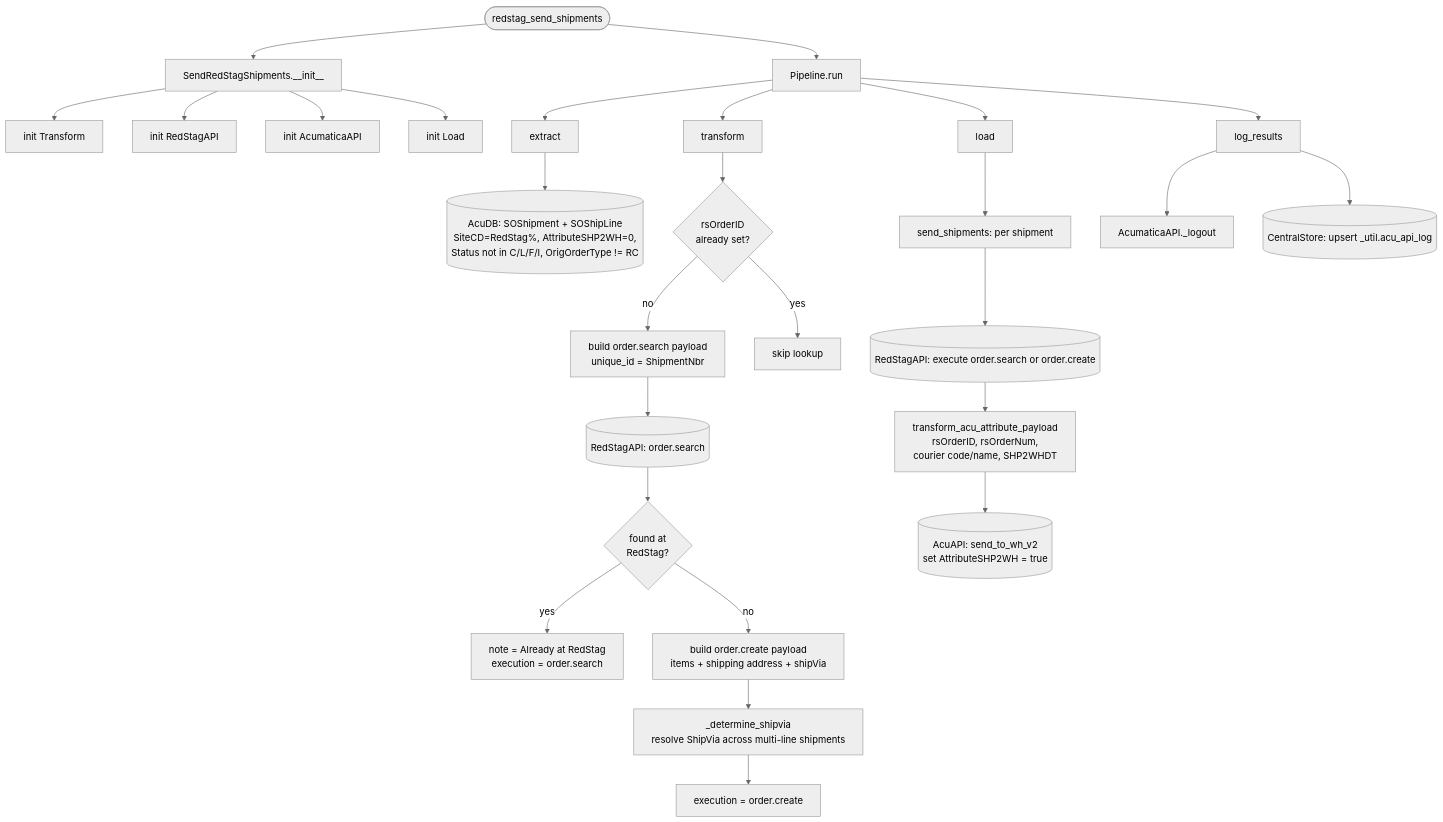
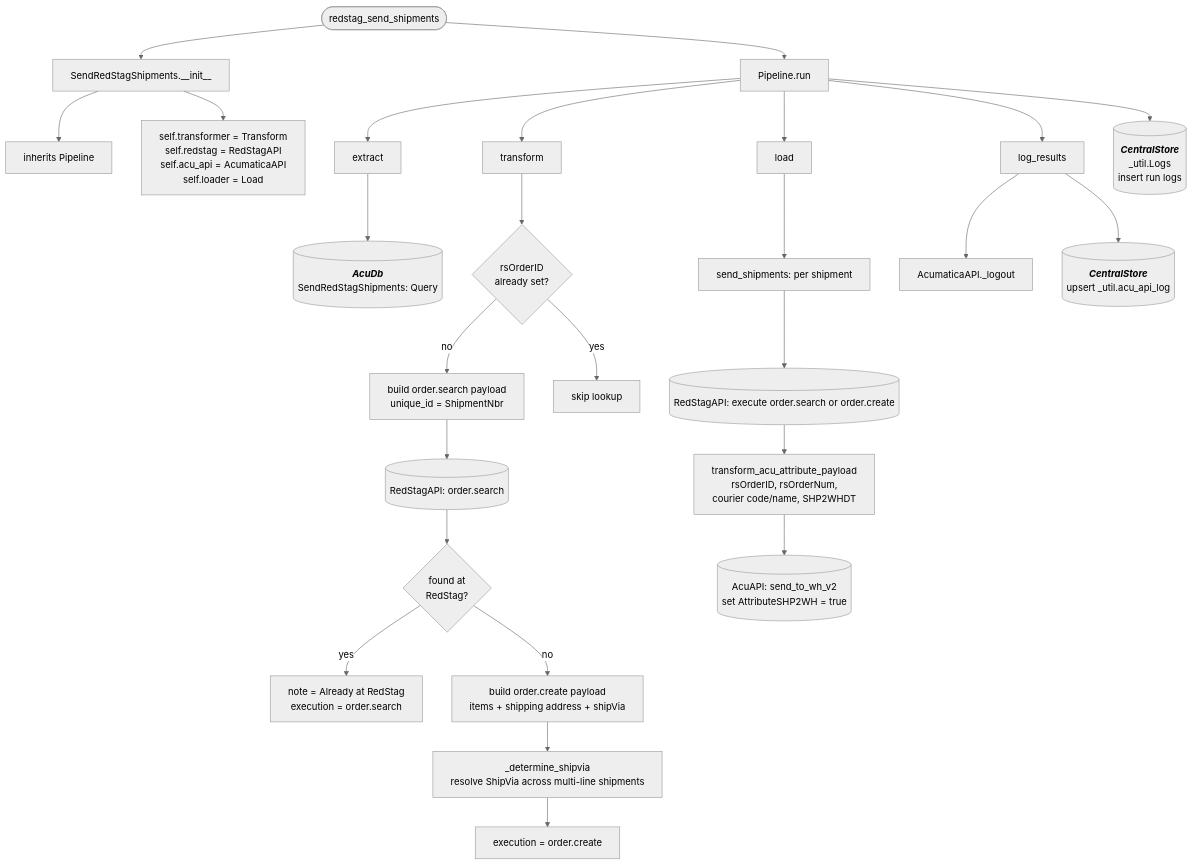
One commit to journeyhl/integration-platform changed the diagram in docs/functions/redstag_send_shipment_pipeline.md. Above: the diagram before and after it, drawn with Mermaid (neutral theme). The commit also changed 42 other files, not shown here.

````diff
--- a/docs/functions/redstag_send_shipment_pipeline.md
+++ b/docs/functions/redstag_send_shipment_pipeline.md
@@ -17,34 +16,47 @@
 ```mermaid
 %%{init: {"flowchart": {"wrappingWidth": 400}}}%%
 flowchart TD
     A([redstag_send_shipments]) --> B[SendRedStagShipments.__init__]
-    B --> B1[init Transform]
-    B --> B2[init RedStagAPI]
-    B --> B3[init AcumaticaAPI]
-    B --> B4[init Load]
+    B --> B1[inherits Pipeline]
+    B --> B2[
+        self.transformer = Transform
+        self.redstag = RedStagAPI
+        self.acu_api = AcumaticaAPI
+        self.loader = Load
+    ]
     A --> RUN[Pipeline.run]
 
     RUN --> EX[extract]
-    EX --> D1[(AcuDB: SOShipment + SOShipLine<br/>SiteCD=RedStag%, AttributeSHP2WH=0,<br/>Status not in C/L/F/I, OrigOrderType != RC)]
+    EX --> D1[(
+        <b><i>AcuDb</i></b>
+        SendRedStagShipments: Query
+    )]
 
     RUN --> TR[transform]
     TR --> TR1{rsOrderID<br/>already set?}
     TR1 -->|no| TR2[build order.search payload<br/>unique_id = ShipmentNbr]
     TR2 --> RS1[(RedStagAPI: order.search)]
     RS1 --> TR3{found at<br/>RedStag?}
     TR3 -->|yes| TR4[note = Already at RedStag<br/>execution = order.search]
     TR3 -->|no| TR5[build order.create payload<br/>items + shipping address + shipVia]
     TR5 --> TR6[_determine_shipvia<br/>resolve ShipVia across multi-line shipments]
     TR6 --> TR7[execution = order.create]
     TR1 -->|yes| TR8[skip lookup]
 
     RUN --> LD[load]
     LD --> LD1[send_shipments: per shipment]
     LD1 --> RS2[(RedStagAPI: execute order.search or order.create)]
     RS2 --> LD2[transform_acu_attribute_payload<br/>rsOrderID, rsOrderNum,<br/>courier code/name, SHP2WHDT]
     LD2 --> ACU1[(AcuAPI: send_to_wh_v2<br/>set AttributeSHP2WH = true)]
 
     RUN --> LR[log_results]
     LR --> LO[AcumaticaAPI._logout]
-    LR --> UPS[(CentralStore: upsert _util.acu_api_log)]
+    LR --> UPS[(
+        <b><i>CentralStore</i></b>
+        upsert _util.acu_api_log
+    )]
+    RUN --> LOGS[(
+        <b><i>CentralStore</i></b>
+        _util.Logs<br/>insert run logs
+    )]
 ```
````
